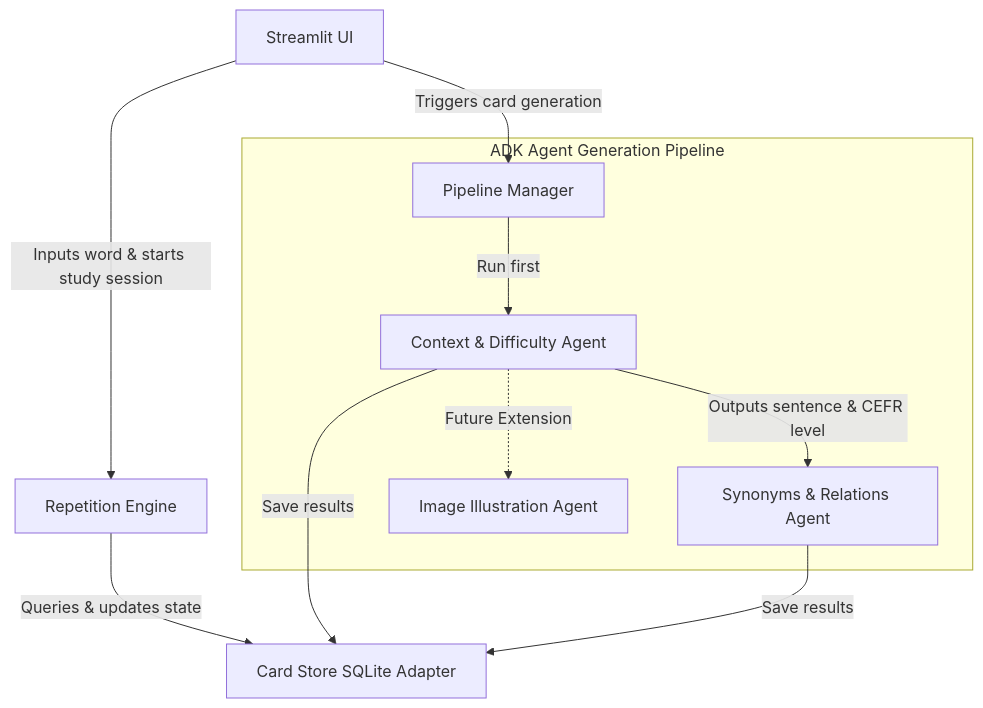
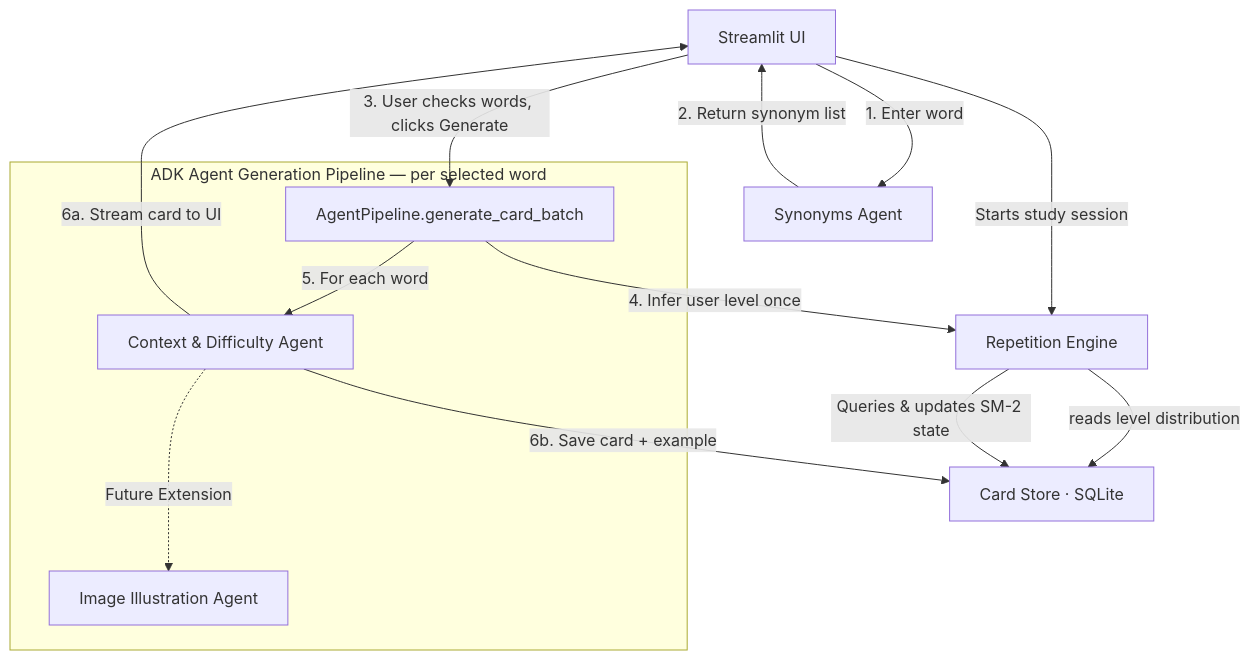
One commit to khrapovs/echoloop-multiagent-flashcards changed the diagram in PROJECT_PLAN.md. Above: the diagram before and after it, drawn with Mermaid. The commit also changed other lines of this file and 10 other files, not shown here.

First line of the commit message:
feat: Chain two agents. First generate synonyms and then cards for each of them. (#18)

````diff
--- a/PROJECT_PLAN.md
+++ b/PROJECT_PLAN.md
@@ -18,15 +46,20 @@
 ```mermaid
 graph TD
-    Client[Streamlit UI] -->|Inputs word & starts study session| RepetitionEngine[Repetition Engine]
-    RepetitionEngine -->|Queries & updates state| CardStore[Card Store SQLite Adapter]
-    Client -->|Triggers card generation| PipelineManager[Pipeline Manager]
-    
-    subgraph AgentPipeline [ADK Agent Generation Pipeline]
-        PipelineManager -->|Run first| ContextAgent[Context & Difficulty Agent]
-        ContextAgent -->|Outputs sentence & CEFR level| SynonymsAgent[Synonyms & Relations Agent]
-        ContextAgent -.->|Future Extension| ImageAgent[Image Illustration Agent]
+    Client[Streamlit UI] -->|1. Enter word| SynonymsAgent[Synonyms Agent]
+    SynonymsAgent -->|2. Return synonym list| Client
+    Client -->|3. User checks words, clicks Generate| Pipeline[AgentPipeline.generate_card_batch]
+
+    Pipeline -->|4. Infer user level once| RepetitionEngine[Repetition Engine]
+    RepetitionEngine -->|reads level distribution| CardStore[Card Store · SQLite]
+
+    subgraph AgentPipeline [ADK Agent Generation Pipeline — per selected word]
+        Pipeline -->|5. For each word| ContextAgent[Context & Difficulty Agent]
+        ContextAgent -..->|Future Extension| ImageAgent[Image Illustration Agent]
     end
-    
-    ContextAgent -->|Save results| CardStore
-    SynonymsAgent -->|Save results| CardStore
+
+    ContextAgent -->|6a. Stream card to UI| Client
+    ContextAgent -->|6b. Save card + example| CardStore
+
+    Client -->|Starts study session| RepetitionEngine
+    RepetitionEngine -->|Queries & updates SM-2 state| CardStore
 ```
````
